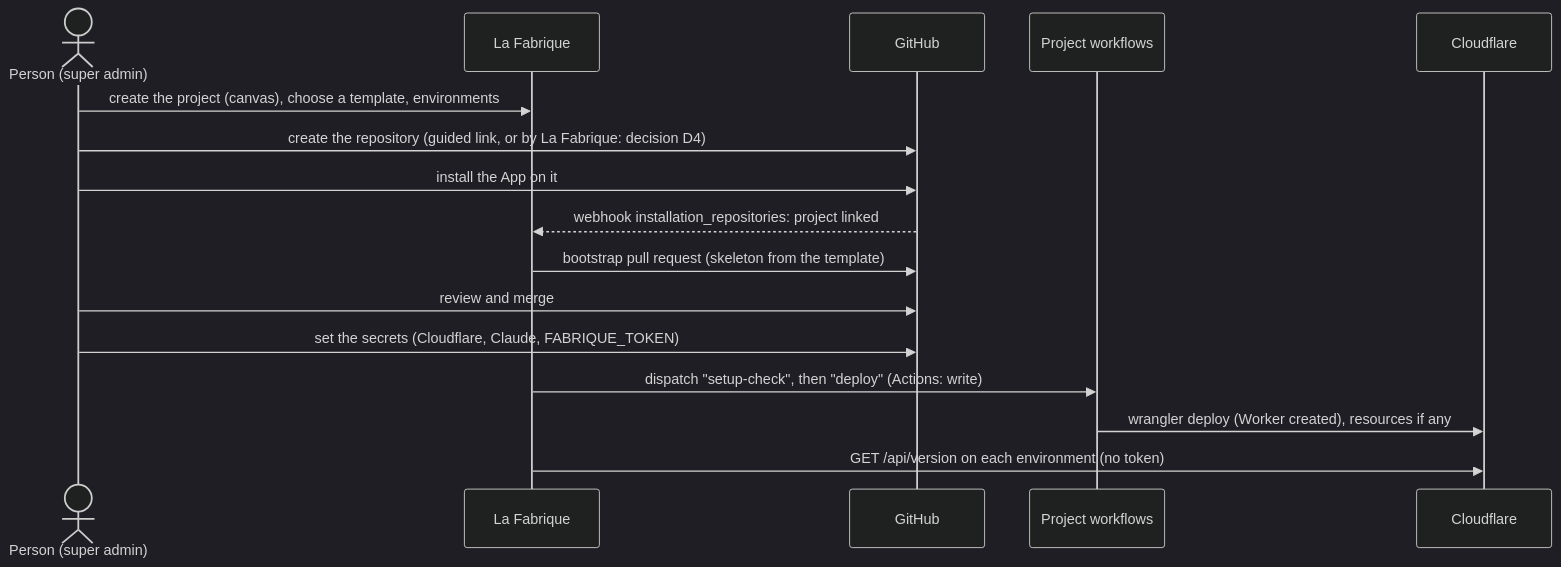
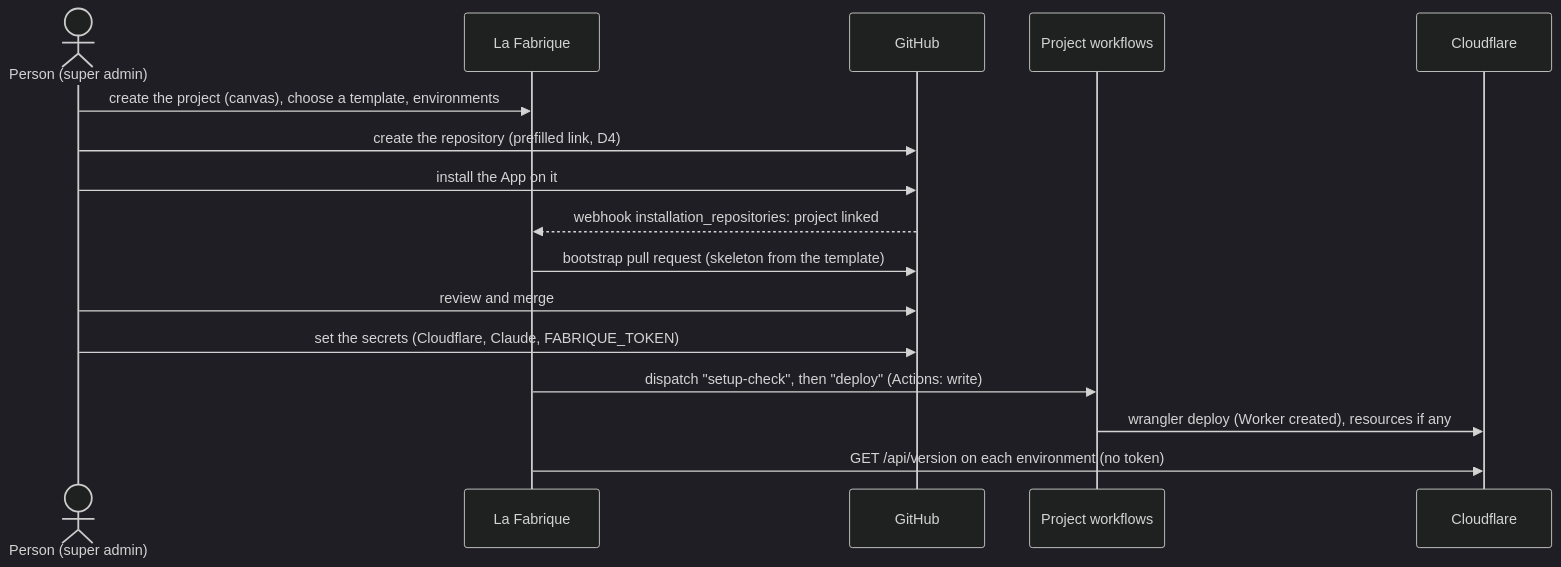
The diagram in docs/epics/F8-new-project-from-scratch.md (serge-fantino/la-fabrique), drawn with Mermaid (dark theme) before and after one commit. The commit also changed other lines of this file, not shown here.

First line of the commit message:
F8 scoping: the owner's answers (neutral project id, repository as a prerequisite, two environment types, templates as configuration as code)

````diff
--- a/docs/epics/F8-new-project-from-scratch.md
+++ b/docs/epics/F8-new-project-from-scratch.md
@@ -50,18 +58,18 @@
 ```mermaid
 sequenceDiagram
   actor P as Person (super admin)
   participant F as La Fabrique
   participant G as GitHub
   participant W as Project workflows
   participant C as Cloudflare
   P->>F: create the project (canvas), choose a template, environments
-  P->>G: create the repository (guided link, or by La Fabrique: decision D4)
+  P->>G: create the repository (prefilled link, D4)
   P->>G: install the App on it
   G-->>F: webhook installation_repositories: project linked
   F->>G: bootstrap pull request (skeleton from the template)
   P->>G: review and merge
   P->>G: set the secrets (Cloudflare, Claude, FABRIQUE_TOKEN)
   F->>W: dispatch "setup-check", then "deploy" (Actions: write)
   W->>C: wrangler deploy (Worker created), resources if any
   F->>C: GET /api/version on each environment (no token)
 ```
````
